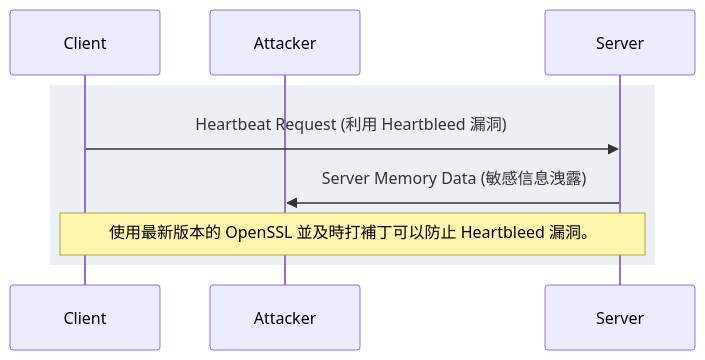
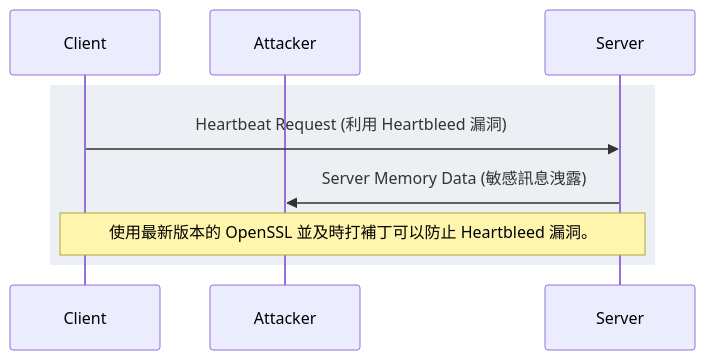
One commit to omegaatt36/omegaatt-blog changed the fourth of 7 diagrams in content/blogs/develop/2024/tls_tutorial_with_two_practice/index.md. Above: the diagram before and after it, drawn with Mermaid. The commit also changed other lines of this file and 6 other files, not shown here.

````diff
--- a/content/blogs/develop/2024/tls_tutorial_with_two_practice/index.md
+++ b/content/blogs/develop/2024/tls_tutorial_with_two_practice/index.md
@@ -341,13 +368,13 @@
    ```mermaid
    sequenceDiagram
    rect rgb(236,239,244)
       participant Client
       participant Attacker
       participant Server
 
       Client->>Server: Heartbeat Request (利用 Heartbleed 漏洞)
-      Server->>Attacker: Server Memory Data (敏感信息洩露)
+      Server->>Attacker: Server Memory Data (敏感訊息洩露)
 
       Note over Client,Server: 使用最新版本的 OpenSSL 並及時打補丁可以防止 Heartbleed 漏洞。
       end
    ```
````
